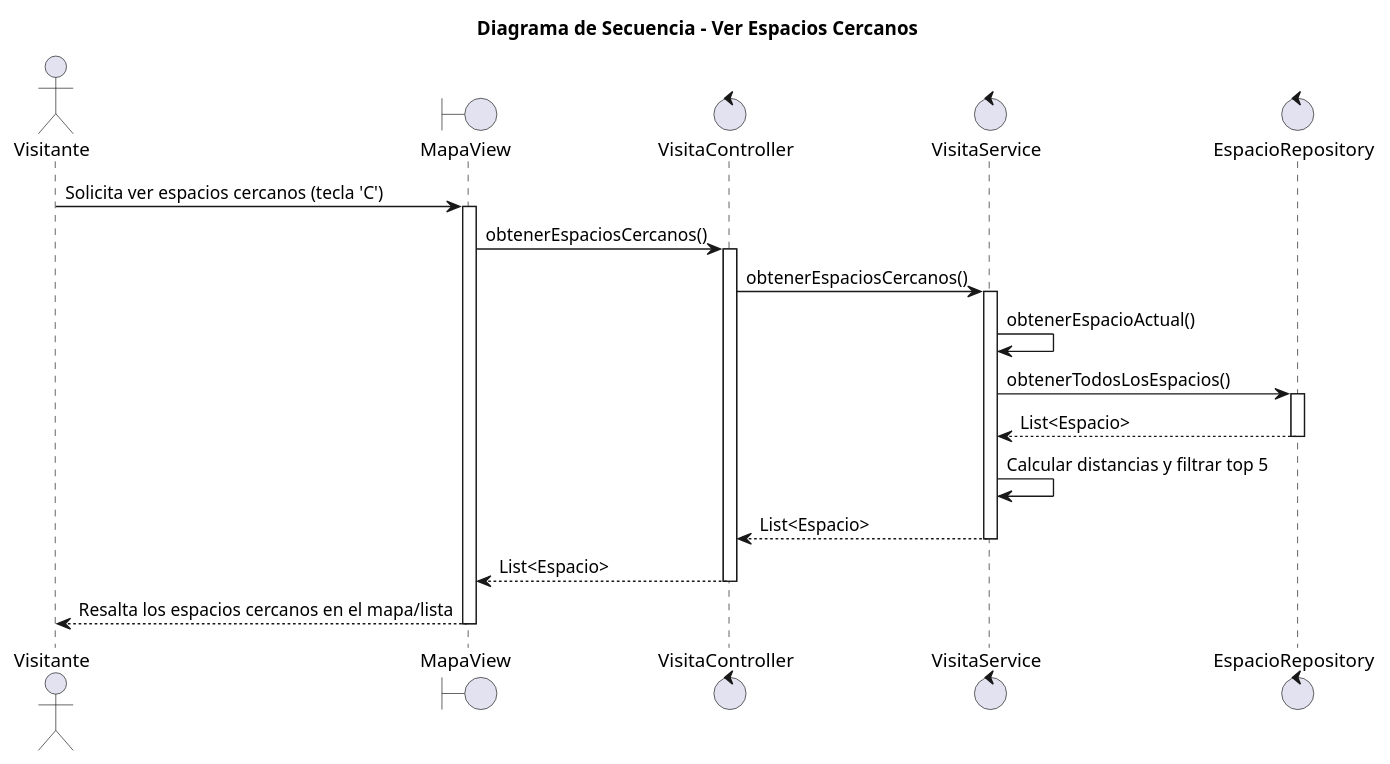
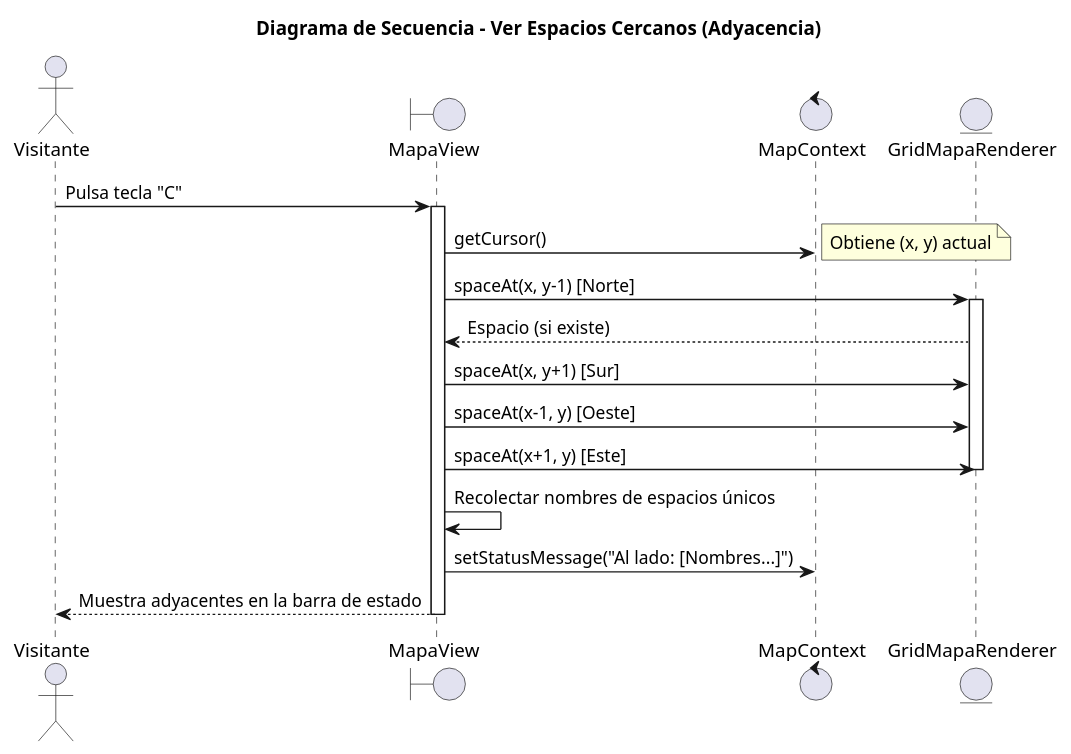
One commit to mmasias/25-26-idsw2-sdVC changed the diagram in modelosUML/02-diseño/01-Visitante/verEspaciosCercanos/secuencia.puml. Above: the diagram before and after it, drawn with PlantUML. The commit also changed 16 other files, not shown here.

```diff
--- a/modelosUML/02-diseño/01-Visitante/verEspaciosCercanos/secuencia.puml
+++ b/modelosUML/02-diseño/01-Visitante/verEspaciosCercanos/secuencia.puml
@@ -1,29 +1,28 @@
 @startuml
-title "Diagrama de Secuencia - Ver Espacios Cercanos"
+title "Diagrama de Secuencia - Ver Espacios Cercanos (Adyacencia)"
 
 actor "Visitante" as visitor
 boundary "MapaView" as view
-control "VisitaController" as controller
-control "VisitaService" as service
-control "EspacioRepository" as repository
+control "MapContext" as context
+entity "GridMapaRenderer" as renderer
 
-visitor -> view: Solicita ver espacios cercanos (tecla 'C')
+visitor -> view: Pulsa tecla "C"
 activate view
-view -> controller: obtenerEspaciosCercanos()
-activate controller
-controller -> service: obtenerEspaciosCercanos()
-activate service
-service -> service: obtenerEspacioActual()
-service -> repository: obtenerTodosLosEspacios()
-activate repository
-repository --> service: List<Espacio>
-deactivate repository
-service -> service: Calcular distancias y filtrar top 5
-service --> controller: List<Espacio>
-deactivate service
-controller --> view: List<Espacio>
-deactivate controller
-view --> visitor: Resalta los espacios cercanos en el mapa/lista
+
+view -> context: getCursor()
+note right: Obtiene (x, y) actual
+
+view -> renderer: spaceAt(x, y-1) [Norte]
+activate renderer
+renderer --> view: Espacio (si existe)
+view -> renderer: spaceAt(x, y+1) [Sur]
+view -> renderer: spaceAt(x-1, y) [Oeste]
+view -> renderer: spaceAt(x+1, y) [Este]
+deactivate renderer
+
+view -> view: Recolectar nombres de espacios únicos
+view -> context: setStatusMessage("Al lado: [Nombres...]")
+view --> visitor: Muestra adyacentes en la barra de estado
 deactivate view
 
 @enduml
```
